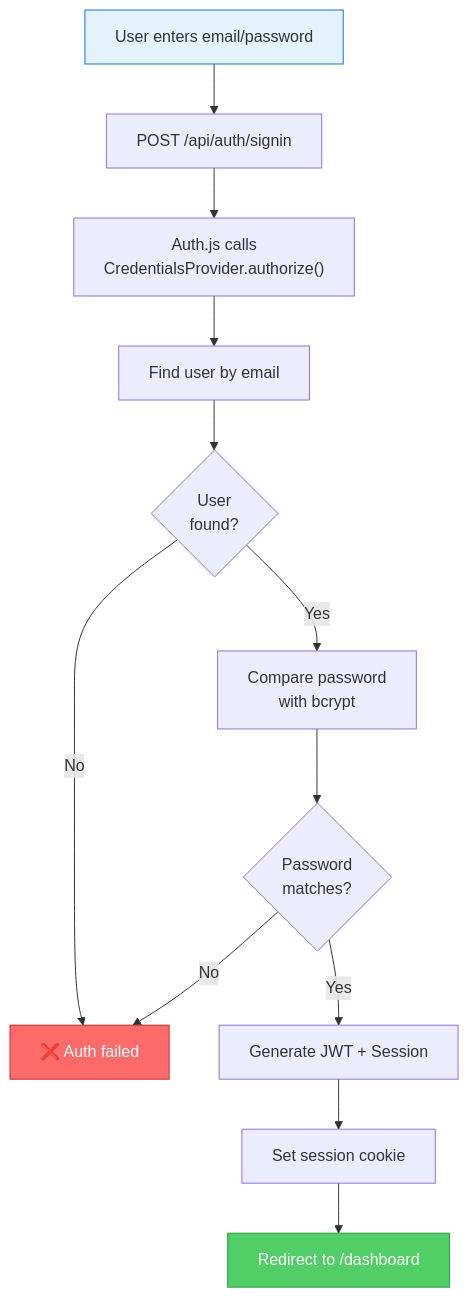
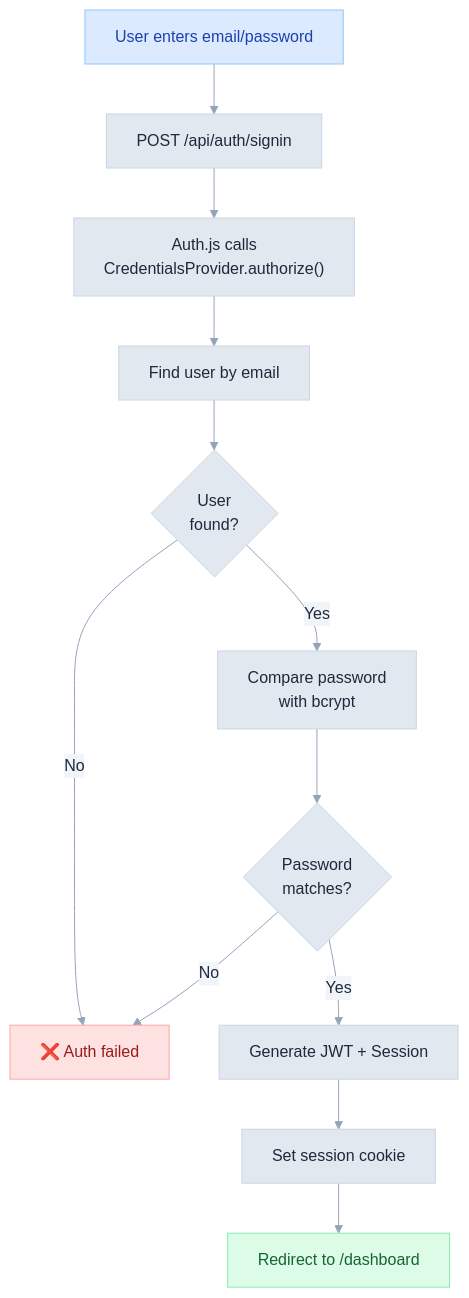
One commit to 3DHDSoft/devmultiplier-academy changed the fourth of 5 diagrams in doc/authentication-guide.md. Above: the diagram before and after it, drawn with Mermaid. The commit also changed other lines of this file and 19 other files, not shown here.

````diff
--- a/doc/authentication-guide.md
+++ b/doc/authentication-guide.md
@@ -197,18 +227,28 @@
 ```mermaid
-flowchart TD
+%%{init: {'theme': 'base', 'themeVariables': {
+  'primaryColor': '#e2e8f0',
+  'primaryTextColor': '#1e293b',
+  'primaryBorderColor': '#cbd5e1',
+  'lineColor': '#94a3b8',
+  'secondaryColor': '#f1f5f9',
+  'tertiaryColor': '#f8fafc',
+  'background': '#ffffff',
+  'textColor': '#334155',
+  'fontFamily': 'system-ui, -apple-system, sans-serif'
+}}}%%flowchart TD
     A["User enters email/password"] --> B["POST /api/auth/signin"]
     B --> C["Auth.js calls<br/>CredentialsProvider.authorize()"]
     C --> D["Find user by email"]
     D --> E{"User<br/>found?"}
     E -->|No| F["❌ Auth failed"]
     E -->|Yes| G["Compare password<br/>with bcrypt"]
     G --> H{"Password<br/>matches?"}
     H -->|No| F
     H -->|Yes| I["Generate JWT + Session"]
     I --> J["Set session cookie"]
     J --> K["Redirect to /dashboard"]
 
-    style A fill:#e3f2fd,stroke:#1976d2
-    style K fill:#51cf66,stroke:#2f9e44,color:#fff
-    style F fill:#ff6b6b,stroke:#c92a2a,color:#fff
+    style A fill:#dbeafe,stroke:#93c5fd,color:#1e40af
+    style K fill:#dcfce7,stroke:#86efac,color:#166534
+    style F fill:#fee2e2,stroke:#fca5a5,color:#991b1b
 ```
````
